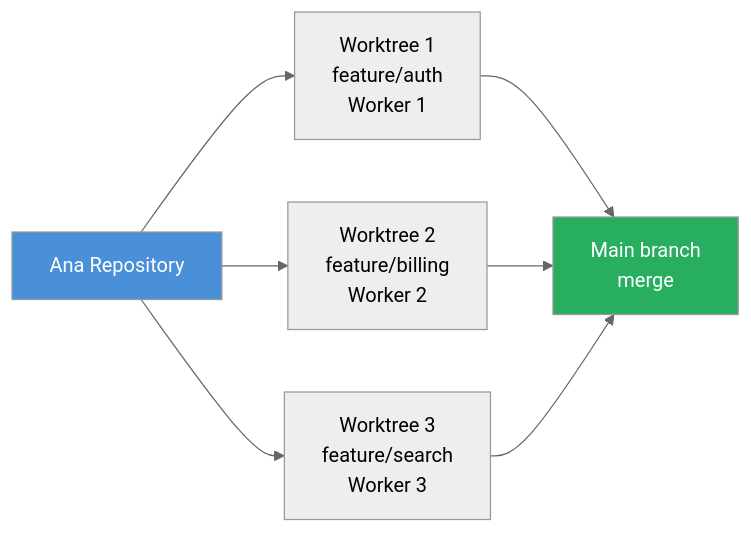
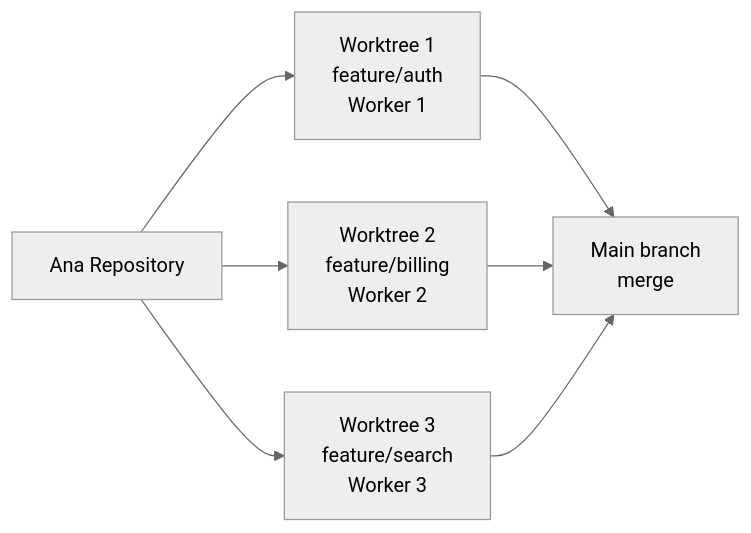
Diagram 11 of 12 in 13-subagentlar-ve-agent-takimlari/04-agent-takimlari.md (IzzetYasinAtes/ClaudeCodeHandbook), drawn with Mermaid (neutral theme) before and after one commit. The commit also changed other lines of this file and 97 other files, not shown here.

Commit message:
Remove all custom Mermaid style/fill colors from 98 markdown files for consistent dark theme rendering

````diff
--- a/13-subagentlar-ve-agent-takimlari/04-agent-takimlari.md
+++ b/13-subagentlar-ve-agent-takimlari/04-agent-takimlari.md
@@ -313,13 +295,11 @@
 ```mermaid
 flowchart LR
     REPO["Ana Repository"] --> WT1["Worktree 1<br/>feature/auth<br/>Worker 1"]
     REPO --> WT2["Worktree 2<br/>feature/billing<br/>Worker 2"]
     REPO --> WT3["Worktree 3<br/>feature/search<br/>Worker 3"]
 
     WT1 --> MERGE["Main branch<br/>merge"]
     WT2 --> MERGE
     WT3 --> MERGE
 
-    style REPO fill:#4A90D9,color:#fff
-    style MERGE fill:#27AE60,color:#fff
 ```
````
